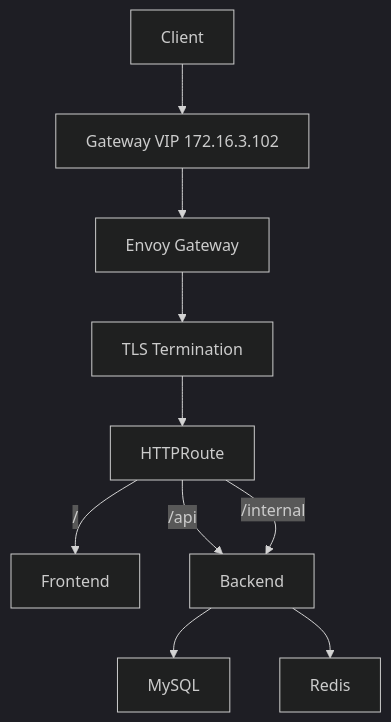
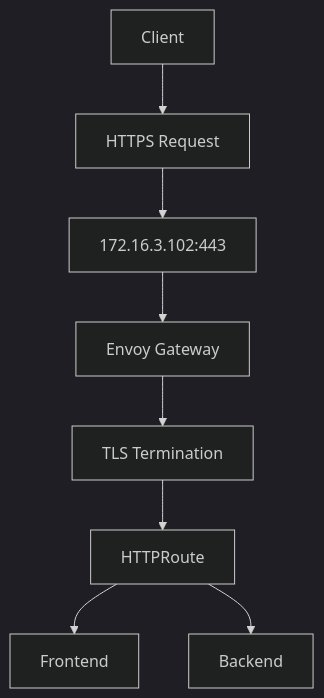
Diagram 16 of 18 in docs/03-gateway-api/README.md (ahmed-sayed-devops/microservices-platform-gitops), drawn with Mermaid (dark theme) before and after one commit. The commit also changed other lines of this file, not shown here.

Commit message:
docs: update Gateway API documentation with TLS

````diff
--- a/docs/03-gateway-api/README.md
+++ b/docs/03-gateway-api/README.md
@@ -1160,25 +834,19 @@
 ```mermaid
 graph TD
-    Client[Client]
-    GatewayVIP[Gateway VIP 172.16.3.102]
-    Envoy[Envoy Gateway]
-    TLS[TLS Termination]
-    HTTPRoute[HTTPRoute]
+    CLIENT["Client"]
+    HTTPS["HTTPS Request"]
+    VIP["172.16.3.102:443"]
+    ENVOY["Envoy Gateway"]
+    TERMINATE["TLS Termination"]
+    HTTPROUTE["HTTPRoute"]
+    FRONTEND["Frontend"]
+    BACKEND["Backend"]
 
-    Frontend[Frontend]
-    Backend[Backend]
-    MySQL[MySQL]
-    Redis[Redis]
-
-    Client --> GatewayVIP
-    GatewayVIP --> Envoy
-    Envoy --> TLS
-    TLS --> HTTPRoute
-
-    HTTPRoute -->|/| Frontend
-    HTTPRoute -->|/api| Backend
-    HTTPRoute -->|/internal| Backend
-
-    Backend --> MySQL
-    Backend --> Redis
+    CLIENT --> HTTPS
+    HTTPS --> VIP
+    VIP --> ENVOY
+    ENVOY --> TERMINATE
+    TERMINATE --> HTTPROUTE
+    HTTPROUTE --> FRONTEND
+    HTTPROUTE --> BACKEND
 ```
````
